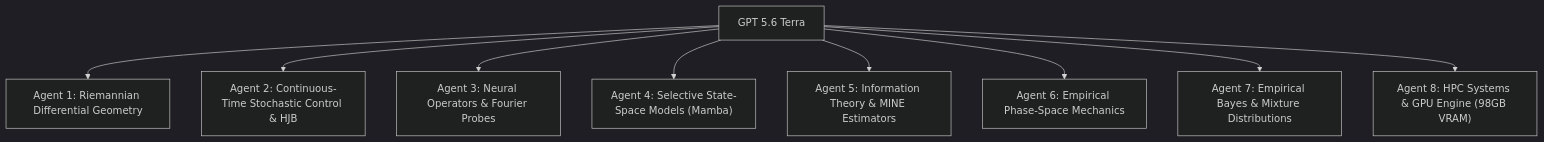
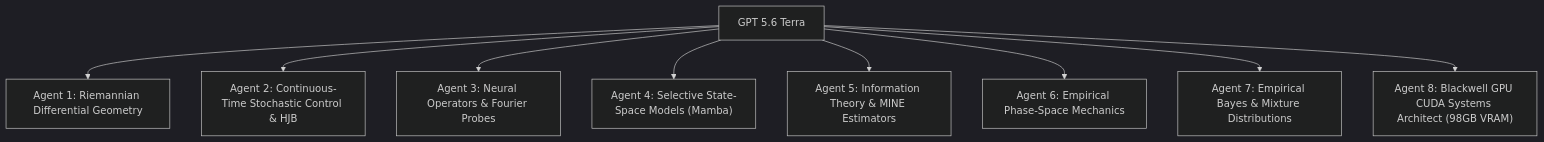
Before and after one commit to bhattadiCS/research-thesis-overthinking-boundary: the second of 2 diagrams in ThesisDocs/GPT_5_6_Terra_Master_Research_Prompt.md, drawn with Mermaid (dark theme). The commit also changed other lines of this file, not shown here.

Commit message:
docs: add NVIDIA RTX PRO 6000 Blackwell (98GB VRAM) hardware optimization specs to GPT 5.6 Terra prompt

````diff
--- a/ThesisDocs/GPT_5_6_Terra_Master_Research_Prompt.md
+++ b/ThesisDocs/GPT_5_6_Terra_Master_Research_Prompt.md
@@ -84,11 +96,11 @@
 ```mermaid
 flowchart TD
     Terra["GPT 5.6 Terra"] --> A1["Agent 1: Riemannian Differential Geometry"]
     Terra --> A2["Agent 2: Continuous-Time Stochastic Control & HJB"]
     Terra --> A3["Agent 3: Neural Operators & Fourier Probes"]
     Terra --> A4["Agent 4: Selective State-Space Models (Mamba)"]
     Terra --> A5["Agent 5: Information Theory & MINE Estimators"]
     Terra --> A6["Agent 6: Empirical Phase-Space Mechanics"]
     Terra --> A7["Agent 7: Empirical Bayes & Mixture Distributions"]
-    Terra --> A8["Agent 8: HPC Systems & GPU Engine (98GB VRAM)"]
+    Terra --> A8["Agent 8: Blackwell GPU CUDA Systems Architect (98GB VRAM)"]
 ```
````
